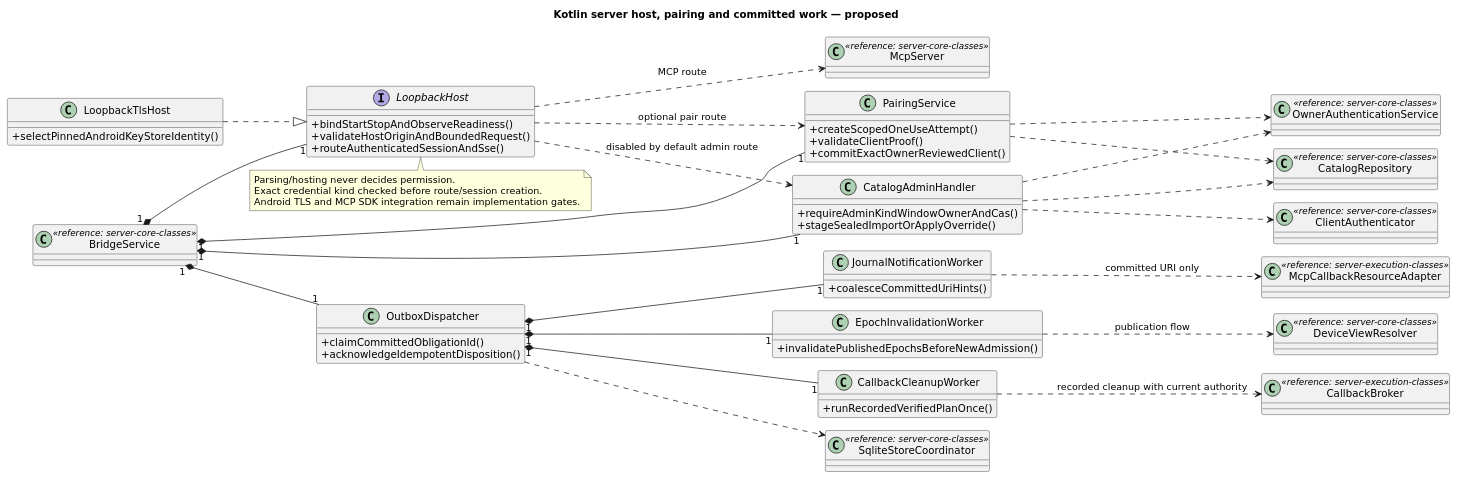
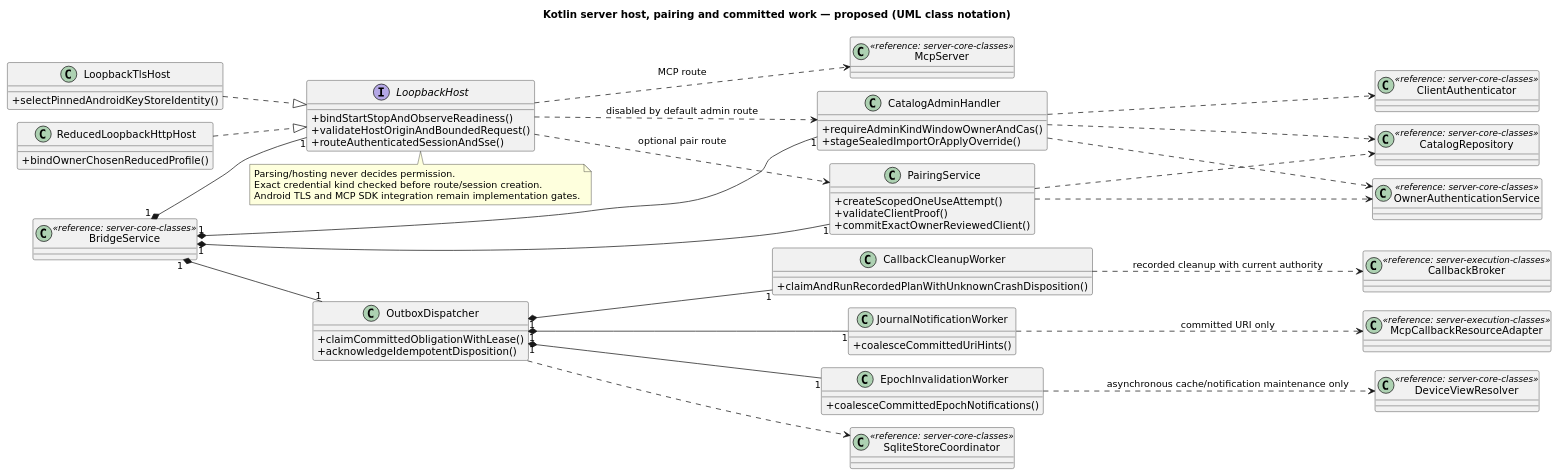
Before and after one commit to sharpninja/android-mcp: the sixth of 6 diagrams in remediation/design-c4/architecture/code-diagrams.md, drawn with PlantUML. The commit also changed other lines of this file and 278 other files, not shown here.

````diff
--- a/remediation/design-c4/architecture/code-diagrams.md
+++ b/remediation/design-c4/architecture/code-diagrams.md
@@ -629,75 +814,79 @@
 ```plantuml
 @startuml
 !pragma layout smetana
 skinparam defaultFontName DejaVu Sans
 skinparam classAttributeIconSize 0
 skinparam shadowing false
 skinparam backgroundColor white
-title Kotlin server host, pairing and committed work — proposed
+title Kotlin server host, pairing and committed work — proposed (UML class notation)
 left to right direction
 class BridgeService <<reference: server-core-classes>>
 class McpServer <<reference: server-core-classes>>
 class CatalogRepository <<reference: server-core-classes>>
 class SqliteStoreCoordinator <<reference: server-core-classes>>
 class OwnerAuthenticationService <<reference: server-core-classes>>
 class ClientAuthenticator <<reference: server-core-classes>>
 interface LoopbackHost {
   +bindStartStopAndObserveReadiness()
   +validateHostOriginAndBoundedRequest()
   +routeAuthenticatedSessionAndSse()
 }
+class ReducedLoopbackHttpHost {
+  +bindOwnerChosenReducedProfile()
+}
+ReducedLoopbackHttpHost ..|> LoopbackHost
 class LoopbackTlsHost {
   +selectPinnedAndroidKeyStoreIdentity()
 }
 class PairingService {
   +createScopedOneUseAttempt()
   +validateClientProof()
   +commitExactOwnerReviewedClient()
 }
 class CatalogAdminHandler {
   +requireAdminKindWindowOwnerAndCas()
   +stageSealedImportOrApplyOverride()
 }
 class OutboxDispatcher {
-  +claimCommittedObligationId()
+  +claimCommittedObligationWithLease()
   +acknowledgeIdempotentDisposition()
 }
 class CallbackCleanupWorker {
-  +runRecordedVerifiedPlanOnce()
+  +claimAndRunRecordedPlanWithUnknownCrashDisposition()
 }
 class JournalNotificationWorker {
   +coalesceCommittedUriHints()
 }
 class EpochInvalidationWorker {
-  +invalidatePublishedEpochsBeforeNewAdmission()
+  +coalesceCommittedEpochNotifications()
 }
 LoopbackTlsHost ..|> LoopbackHost
 BridgeService "1" *-- "1" LoopbackHost
 BridgeService "1" *-- "1" PairingService
 BridgeService "1" *-- "1" CatalogAdminHandler
 BridgeService "1" *-- "1" OutboxDispatcher
 LoopbackHost ..> McpServer : MCP route
 LoopbackHost ..> PairingService : optional pair route
 LoopbackHost ..> CatalogAdminHandler : disabled by default admin route
 PairingService ..> OwnerAuthenticationService
 PairingService ..> CatalogRepository
 CatalogAdminHandler ..> ClientAuthenticator
 CatalogAdminHandler ..> OwnerAuthenticationService
 CatalogAdminHandler ..> CatalogRepository
 OutboxDispatcher "1" *-- "1" CallbackCleanupWorker
 OutboxDispatcher "1" *-- "1" JournalNotificationWorker
 OutboxDispatcher "1" *-- "1" EpochInvalidationWorker
 OutboxDispatcher ..> SqliteStoreCoordinator
 class CallbackBroker <<reference: server-execution-classes>>
 class McpCallbackResourceAdapter <<reference: server-execution-classes>>
 class DeviceViewResolver <<reference: server-core-classes>>
 CallbackCleanupWorker ..> CallbackBroker : recorded cleanup with current authority
 JournalNotificationWorker ..> McpCallbackResourceAdapter : committed URI only
-EpochInvalidationWorker ..> DeviceViewResolver : publication flow
+EpochInvalidationWorker ..> DeviceViewResolver : asynchronous cache/notification maintenance only
 note bottom of LoopbackHost
 Parsing/hosting never decides permission.
 Exact credential kind checked before route/session creation.
 Android TLS and MCP SDK integration remain implementation gates.
 end note
 @enduml
 ```
````
